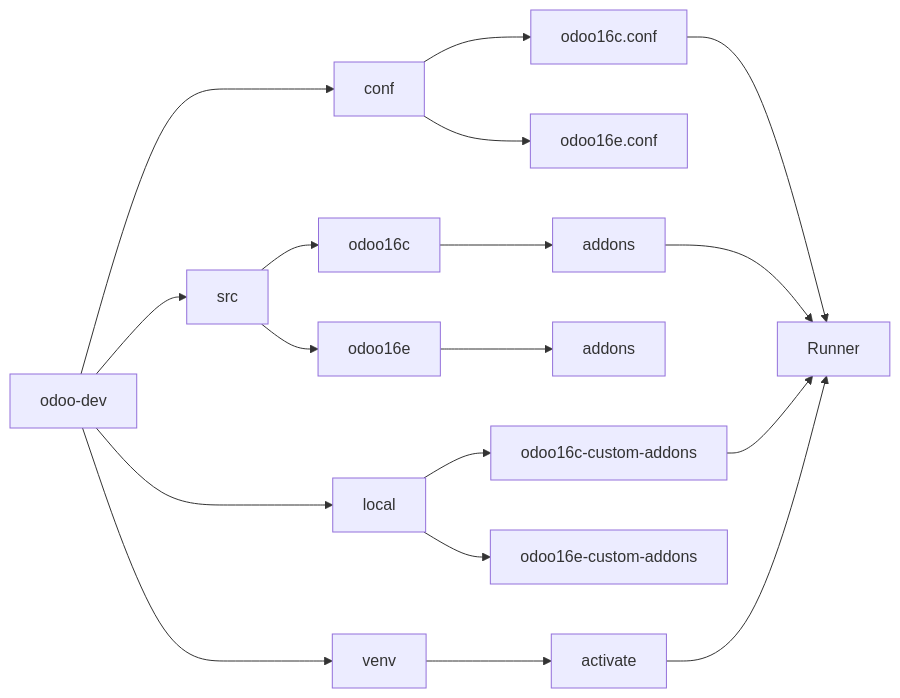
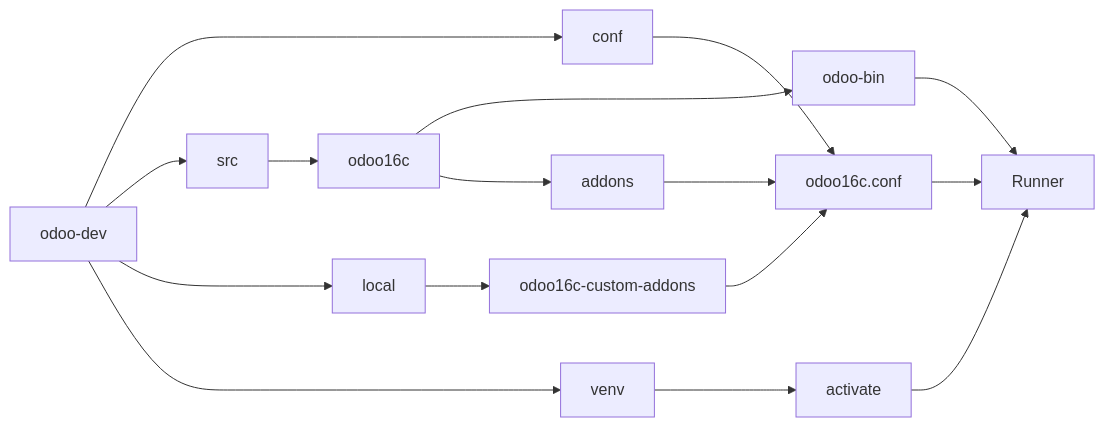
One commit to Multi-Academy/odoo-development-tutorials changed the first of 3 diagrams in docs/install_odoo.md. Above: the diagram before and after it, drawn with Mermaid. The commit also changed other lines of this file and 1 other file, not shown here.

Commit message:
update flowchart

````diff
--- a/docs/install_odoo.md
+++ b/docs/install_odoo.md
@@ -5,28 +5,25 @@
     ``` mermaid
     graph LR
     A[odoo-dev] --> B[conf];
     A --> C[src];
     A --> D[local];
     A --> E[venv];
 
     B --> F[odoo16c.conf]
-    B --> G[odoo16e.conf]
 
     C --> J[odoo16c]
-    J --> K[addons]
-    C --> L[odoo16e]
-    L --> M[addons]
+    J --> K[odoo-bin]
+    K --> S
 
-    D --> N[odoo16c-custom-addons]
-    D --> O[odoo16e-custom-addons]
+    J --> L[addons]
+    L --> F
 
-    E --> P[activate]
+    D --> P[odoo16c-custom-addons]
+    P --> F
 
+    E --> R[activate]
+    R --> S
 
-
-    P --> R[Runner]
-    K --> R
-    N --> R
-    F --> R
+    F --> S[Runner]
     
     ```
````
